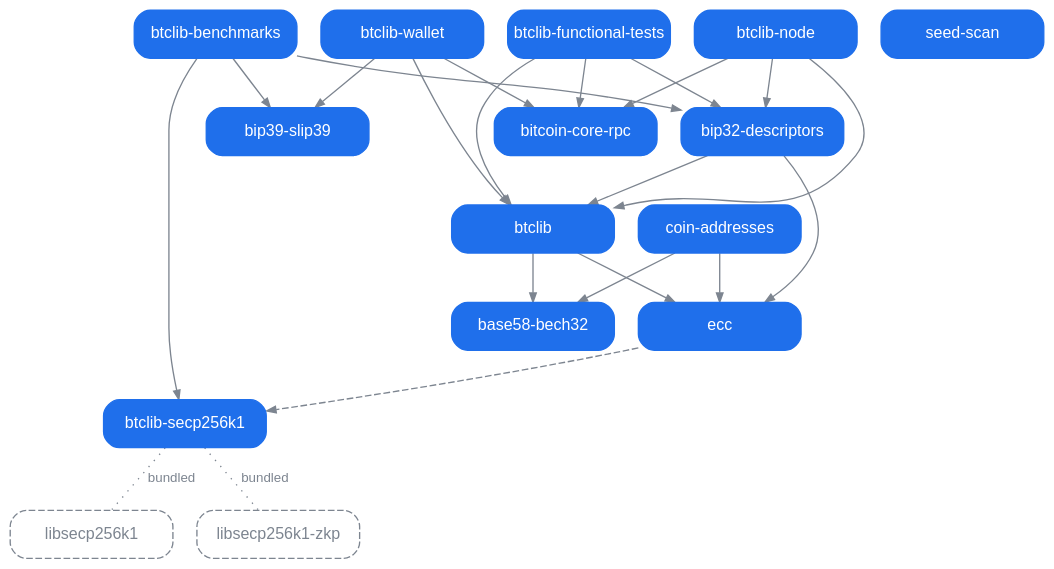
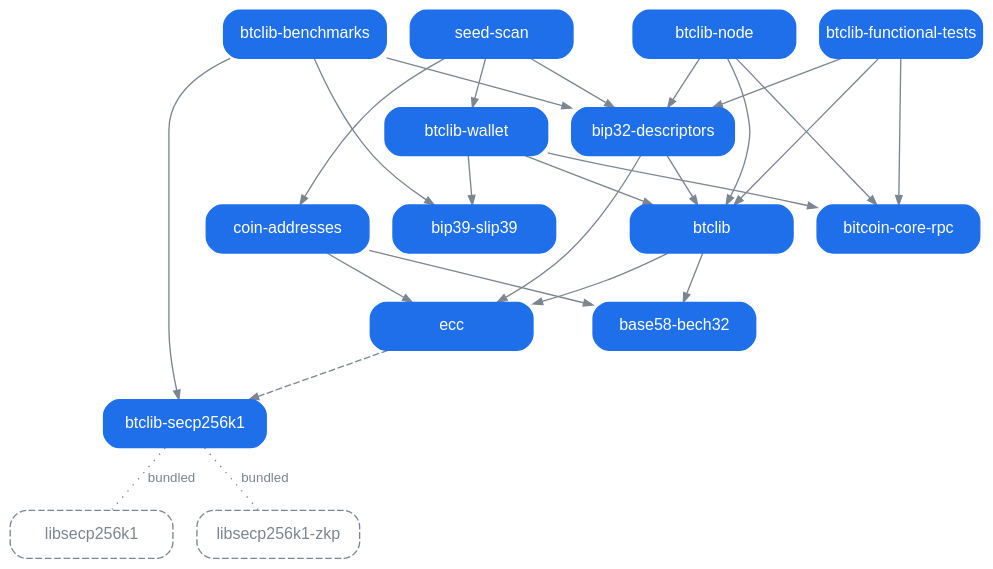
One commit to btclib-org/.github changed the diagram in profile/dependencies.dot. Above: the diagram before and after it, drawn with Graphviz. The commit also changed 1 other file, not shown here.

Commit message:
Draw seed-scan's arrows (closes #2257) (#2295)
seed-scan's pyproject.toml requires bip39-slip39, bip32-descriptors,
btclib-wallet, coin-addresses and btclib, and the graph drew no arrow
from it, so tests/dependencies_test.py's
test_the_graph_draws_what_each_pyproject_declares failed in
alignment.yml. The reduction draws solid arrows to coin-addresses,
btclib-wallet and bip32-descriptors: btclib-wallet installs
bip39-slip39 and btclib.

btclib-benchmarks' arrow to bip39-slip39 runs under seed-scan's row,
so that seed-scan's arrows do not cross it, and the header's layout
paragraph says so.

```diff
--- a/profile/dependencies.dot
+++ b/profile/dependencies.dot
@@ -1,113 +1,120 @@
 // How the organization's packages depend on each other: the source of
 // dependencies.svg beside it, which profile/README.md shows.
 //
 // A node is the `[project]` name of every tree of the organization that
 // builds a distribution, `[build-system]` being what says it does. A tree
 // that builds none is not drawn, and neither is an arrow into or out of
 // one. A grey dashed outline is not a package of the organization but a C
 // library one of them bundles: the submodule `X` of such a tree is the
 // node `libX`.
 //
 // An arrow points from a project up to what it depends on: solid where
 // `dependencies` in its pyproject.toml names the target, and dashed where
 // only an `optional-dependencies` extra does. An arrow is drawn only
 // where the dependent, bare or with one of its extras, does not already
 // install its target, with the extras it asks of it, through the arrows
 // that are drawn: `btclib-wallet[secp256k1]` asks `btclib[secp256k1]`,
 // which asks `ecc[secp256k1]`, so `btclib-wallet`'s own requirement of
 // `btclib-secp256k1` draws nothing, while `btclib-node` asks
 // `btclib[secp256k1]` and `bip32-descriptors`' `dependencies` ask bare
 // `btclib`, so `btclib-node`'s arrow to `btclib` is drawn beside its
 // arrow to `bip32-descriptors`. The extras are written nowhere, and
 // dependency groups are left out, being what a checkout of the tree
 // installs rather than what a user of the package does. A requirement on
 // a name no tree builds, a retired one included, draws nothing. A dotted
 // line with no arrowhead, labelled `bundled`, joins a package to a C
 // library that is a submodule of its tree, built into the package rather
 // than installed beside it.
 // tests/dependencies_test.py compares this file with every tree's
 // pyproject.toml and .gitmodules, and names every requirement on a
 // retired name.
 //
 // Every position is set by hand and rendered as it stands, by neato with
 // `nop: 2` in .github/scripts/render_dependencies.mjs, which takes the
 // nodes and the edges where they are written. A node's `pos` is its
 // centre in points, y growing upward, and a row is a level: what a
 // package depends on sits above it, in four columns 145 apart. An edge's
 // `pos` is its route as the control points of a spline whose segments
 // are straight, `e,` giving where the arrowhead's tip lands, and a
 // label's `lp` is where it is written. `bip32-descriptors` sits under
 // `btclib` and `btclib-benchmarks` under it, so that the arrows of
 // `btclib-functional-tests` and `btclib-node` into `btclib` pass on
 // either side of `bip32-descriptors`. Every other arrow of
 // `btclib-benchmarks` leaves its box from below, runs under its row and
-// round the outside.
+// round the outside. Its arrow to `bip39-slip39` runs under `seed-scan`'s
+// row as well, so that none of `seed-scan`'s arrows crosses it.
 //
 // The colours are for a transparent background under both of GitHub's
 // themes: text sits on the fill of its box, and the grey of the arrows
 // and of the outlined C libraries reads on the light theme's white and
 // the dark theme's near-black.
 digraph dependencies {
     graph [bgcolor="transparent", outputorder=edgesfirst, pad=0.2];
     node [shape=box, style="rounded,filled", color="#1f6feb", fillcolor="#1f6feb",
           fontcolor="#ffffff", fontname="Helvetica", fontsize=12, width=1.7, height=0.5, fixedsize=true];
     edge [color="#7d8590", fontcolor="#7d8590", fontname="Helvetica", fontsize=10, arrowsize=0.7];
 
     "libsecp256k1"     [pos="290,560", style="rounded,dashed", color="#7d8590", fontcolor="#7d8590"];
     "libsecp256k1-zkp" [pos="435,560", style="rounded,dashed", color="#7d8590", fontcolor="#7d8590"];
     "base58-bech32"    [pos="145,560"];
     "bip39-slip39"     [pos="0,560"];
     "bitcoin-core-rpc" [pos="145,460"];
     "btclib-secp256k1" [pos="290,460"];
     "ecc"              [pos="290,360"];
     "btclib"           [pos="290,260"];
     "btclib-wallet"           [pos="0,160"];
     "bip32-descriptors"       [pos="290,160"];
     "coin-addresses"          [pos="0,60"];
     "btclib-functional-tests" [pos="145,60"];
     "btclib-benchmarks"       [pos="290,60"];
     "btclib-node"             [pos="435,60"];
     "seed-scan"               [pos="0,-40"];
 
     "btclib-secp256k1" -> "libsecp256k1" [style=dotted, arrowhead=none, label="bundled", lp="262,510",
         pos="290,478 290,478 290,542 290,542"];
     "btclib-secp256k1" -> "libsecp256k1-zkp" [style=dotted, arrowhead=none, label="bundled", lp="463,526",
         pos="320,478 320,478 320,510 320,510 320,510 435,510 435,510 435,510 435,542 435,542"];
     "ecc" -> "btclib-secp256k1" [style=dashed,
         pos="e,290,442 290,378 290,378 290,435 290,435"];
     "btclib" -> "ecc" [pos="e,290,342 290,278 290,278 290,335 290,335"];
     "btclib" -> "base58-bech32"
         [pos="e,145,542 229,260 229,260 40,260 40,260 40,260 40,510 40,510 40,510 145,510 145,510 145,510 145,535 145,535"];
     "btclib-wallet" -> "btclib"
         [pos="e,229,270 20,178 20,178 20,270 20,270 20,270 222,270 222,270"];
     "bip32-descriptors" -> "btclib" [
         pos="e,290,242 290,178 290,178 290,235 290,235"];
     "bip32-descriptors" -> "ecc"
         [pos="e,351,360 351,160 351,160 380,160 380,160 380,160 380,360 380,360 380,360 358,360 358,360"];
     "coin-addresses" -> "ecc"
         [pos="e,229,360 61,60 61,60 72,60 72,60 72,60 72,360 72,360 72,360 222,360 222,360"];
     "coin-addresses" -> "base58-bech32"
         [pos="e,105,542 -61,60 -61,60 -70,60 -70,60 -70,60 -70,525 -70,525 -70,525 105,525 105,525 105,525 105,535 105,535"];
     "btclib-functional-tests" -> "bip32-descriptors"
         [pos="e,250,142 185,78 185,78 185,110 185,110 185,110 250,110 250,110 250,110 250,135 250,135"];
     "btclib-functional-tests" -> "btclib"
         [pos="e,229,250 165,78 165,78 165,250 165,250 165,250 222,250 222,250"];
     "btclib-functional-tests" -> "bitcoin-core-rpc" [
         pos="e,125,442 125,78 125,78 125,435 125,435"];
     "btclib-benchmarks" -> "bip32-descriptors" [
         pos="e,290,142 290,78 290,78 290,135 290,135"];
     "btclib-node" -> "bip32-descriptors"
         [pos="e,330,142 395,78 395,78 395,110 395,110 395,110 330,110 330,110 330,110 330,135 330,135"];
     "btclib-node" -> "btclib"
         [pos="e,351,250 435,78 435,78 435,250 435,250 435,250 358,250 358,250"];
     "btclib-node" -> "bitcoin-core-rpc"
         [pos="e,185,442 465,78 465,78 465,310 465,310 465,310 185,310 185,310 185,310 185,435 185,435"];
     "btclib-benchmarks" -> "btclib-secp256k1"
         [pos="e,351,460 330,42 330,42 330,25 330,25 330,25 530,25 530,25 530,25 530,460 530,460 530,460 358,460 358,460"];
     "btclib-benchmarks" -> "bip39-slip39"
-        [pos="e,0,578 250,42 250,42 250,20 250,20 250,20 -80,20 -80,20 -80,20 -80,610 -80,610 -80,610 0,610 0,610 0,610 0,585 0,585"];
+        [pos="e,0,578 250,42 250,42 250,-75 250,-75 250,-75 -80,-75 -80,-75 -80,-75 -80,610 -80,610 -80,610 0,610 0,610 0,610 0,585 0,585"];
     "btclib-wallet" -> "bitcoin-core-rpc"
         [pos="e,84,460 -20,178 -20,178 -20,460 -20,460 -20,460 77,460 77,460"];
     "btclib-wallet" -> "bip39-slip39"
         [pos="e,-40,542 -40,178 -40,178 -40,535 -40,535"];
+    "seed-scan" -> "coin-addresses" [
+        pos="e,0,42 0,-22 0,-22 0,35 0,35"];
+    "seed-scan" -> "btclib-wallet"
+        [pos="e,40,142 61,-30 61,-30 78,-30 78,-30 78,-30 78,110 78,110 78,110 40,110 40,110 40,110 40,135 40,135"];
+    "seed-scan" -> "bip32-descriptors"
+        [pos="e,270,142 61,-50 61,-50 217,-50 217,-50 217,-50 217,95 217,95 217,95 270,95 270,95 270,95 270,135 270,135"];
 }
```
